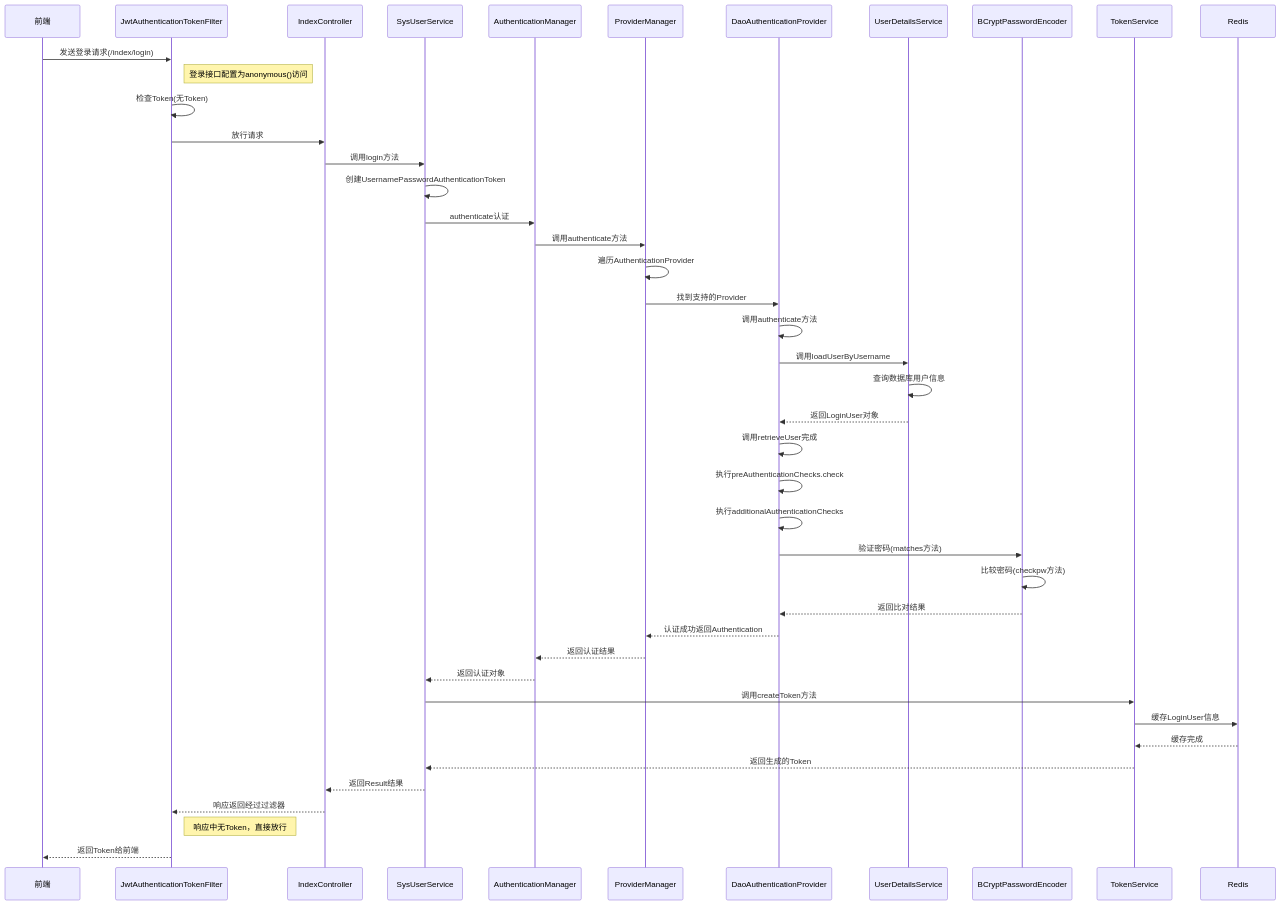
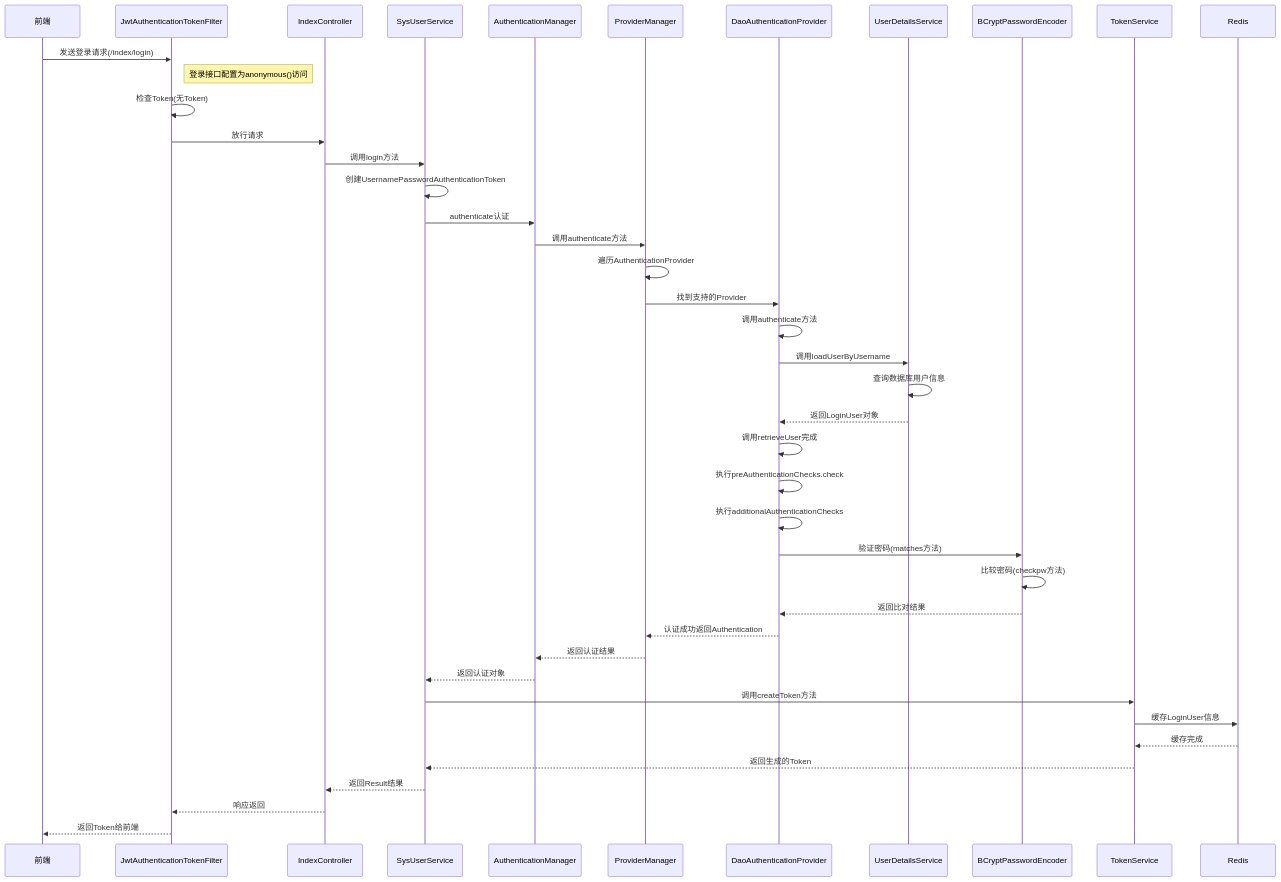
One commit to nanxu001/nanxu-docs changed the second of 2 diagrams in src/nanxu/authentication.md. Above: the diagram before and after it, drawn with Mermaid.

Commit message:
docs(nanxu): 更新认证流程图说明

````diff
--- a/src/nanxu/authentication.md
+++ b/src/nanxu/authentication.md
@@ -75,46 +75,45 @@
 ```mermaid
 sequenceDiagram
     participant 前端
     participant JwtAuthenticationTokenFilter
     participant IndexController
     participant SysUserService
     participant AuthenticationManager
     participant ProviderManager
     participant DaoAuthenticationProvider
     participant UserDetailsService
     participant BCryptPasswordEncoder
     participant TokenService
     participant Redis
 
     前端->>JwtAuthenticationTokenFilter: 发送登录请求(/index/login)
     note right of JwtAuthenticationTokenFilter: 登录接口配置为anonymous()访问
     JwtAuthenticationTokenFilter->>JwtAuthenticationTokenFilter: 检查Token(无Token)
     JwtAuthenticationTokenFilter->>IndexController: 放行请求
     IndexController->>SysUserService: 调用login方法
     SysUserService->>SysUserService: 创建UsernamePasswordAuthenticationToken
     SysUserService->>AuthenticationManager: authenticate认证
     AuthenticationManager->>ProviderManager: 调用authenticate方法
     ProviderManager->>ProviderManager: 遍历AuthenticationProvider
     ProviderManager->>DaoAuthenticationProvider: 找到支持的Provider
     DaoAuthenticationProvider->>DaoAuthenticationProvider: 调用authenticate方法
     DaoAuthenticationProvider->>UserDetailsService: 调用loadUserByUsername
     UserDetailsService->>UserDetailsService: 查询数据库用户信息
     UserDetailsService-->>DaoAuthenticationProvider: 返回LoginUser对象
     DaoAuthenticationProvider->>DaoAuthenticationProvider: 调用retrieveUser完成
     DaoAuthenticationProvider->>DaoAuthenticationProvider: 执行preAuthenticationChecks.check
     DaoAuthenticationProvider->>DaoAuthenticationProvider: 执行additionalAuthenticationChecks
     DaoAuthenticationProvider->>BCryptPasswordEncoder: 验证密码(matches方法)
     BCryptPasswordEncoder->>BCryptPasswordEncoder: 比较密码(checkpw方法)
     BCryptPasswordEncoder-->>DaoAuthenticationProvider: 返回比对结果
     DaoAuthenticationProvider-->>ProviderManager: 认证成功返回Authentication
     ProviderManager-->>AuthenticationManager: 返回认证结果
     AuthenticationManager-->>SysUserService: 返回认证对象
     SysUserService->>TokenService: 调用createToken方法
     TokenService->>Redis: 缓存LoginUser信息
     Redis-->>TokenService: 缓存完成
     TokenService-->>SysUserService: 返回生成的Token
     SysUserService-->>IndexController: 返回Result结果
-    IndexController-->>JwtAuthenticationTokenFilter: 响应返回经过过滤器
-    note right of JwtAuthenticationTokenFilter: 响应中无Token，直接放行
+    IndexController-->>JwtAuthenticationTokenFilter: 响应返回
     JwtAuthenticationTokenFilter-->>前端: 返回Token给前端
 ```
````
